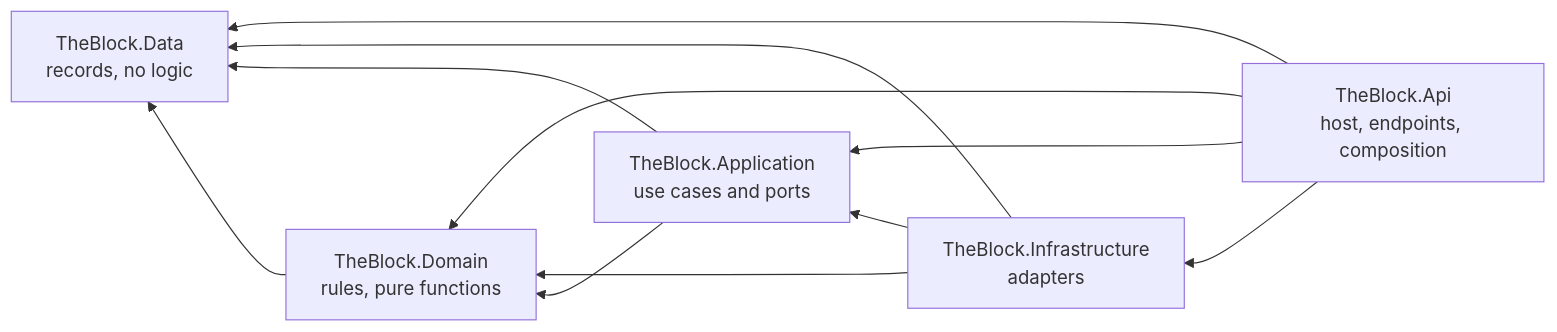
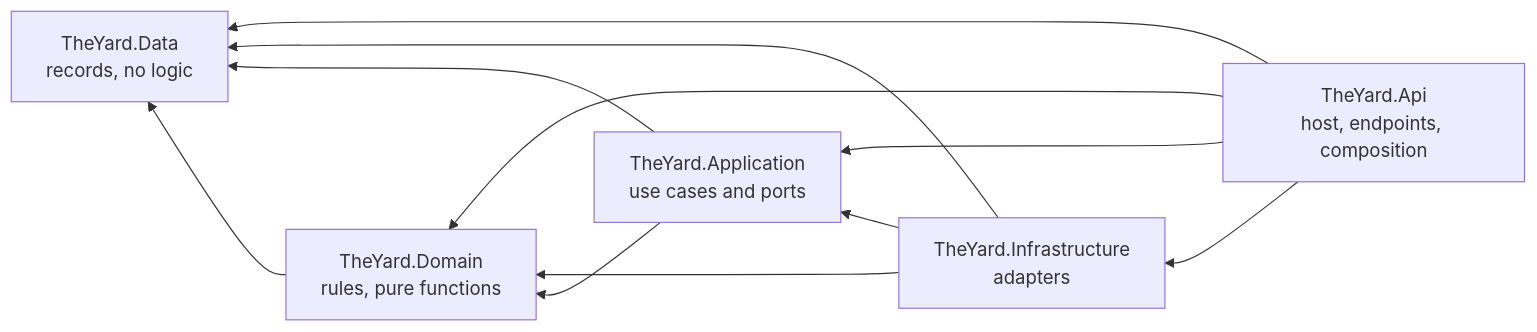
One commit to SteveStout/TheYard changed the third of 3 diagrams in docs/ARCHITECTURE.md. Above: the diagram before and after it, drawn with Mermaid. The commit also changed other lines of this file and 351 other files, not shown here.

````diff
--- a/docs/ARCHITECTURE.md
+++ b/docs/ARCHITECTURE.md
@@ -250,19 +250,19 @@
 ```mermaid
 flowchart RL
-  Api["TheBlock.Api<br/>host, endpoints, composition"]
-  Infra["TheBlock.Infrastructure<br/>adapters"]
-  App["TheBlock.Application<br/>use cases and ports"]
-  Domain["TheBlock.Domain<br/>rules, pure functions"]
-  Data["TheBlock.Data<br/>records, no logic"]
+  Api["TheYard.Api<br/>host, endpoints, composition"]
+  Infra["TheYard.Infrastructure<br/>adapters"]
+  App["TheYard.Application<br/>use cases and ports"]
+  Domain["TheYard.Domain<br/>rules, pure functions"]
+  Data["TheYard.Data<br/>records, no logic"]
 
   Api --> Infra
   Api --> App
   Api --> Domain
   Api --> Data
   Infra --> App
   Infra --> Domain
   Infra --> Data
   App --> Domain
   App --> Data
   Domain --> Data
 ```
````
